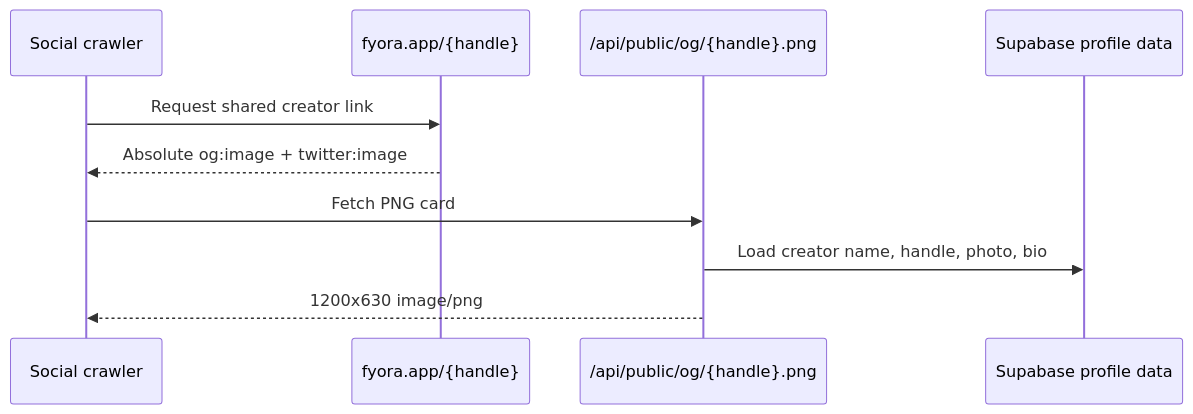
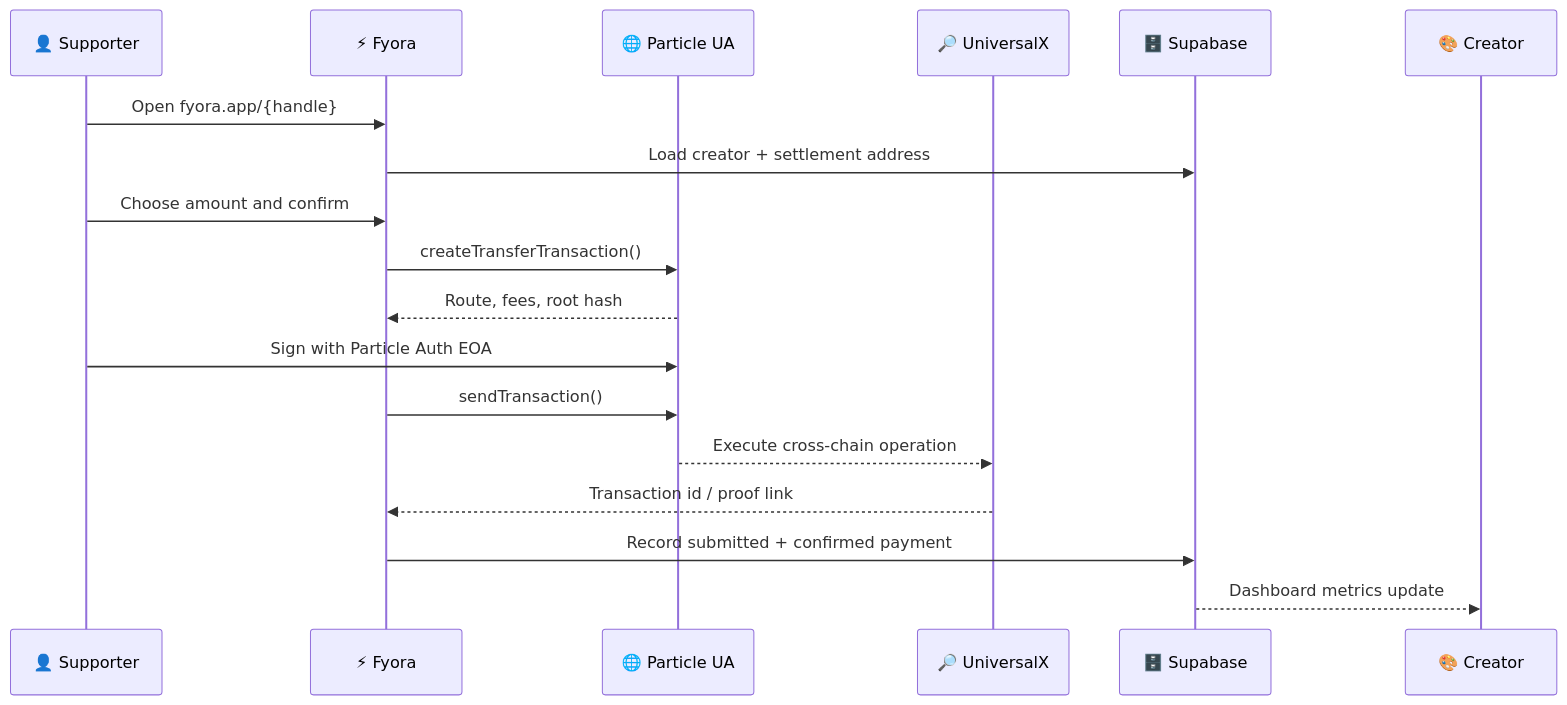
One commit to NikhilRaikwar/Fyora changed the second of 2 diagrams in README.md. Above: the diagram before and after it, drawn with Mermaid. The commit also changed other lines of this file and 5 other files, not shown here.

````diff
--- a/README.md
+++ b/README.md
@@ -71,13 +67,21 @@
 ```mermaid
 sequenceDiagram
-  participant Crawler as Social crawler
-  participant Profile as fyora.app/{handle}
-  participant OG as /api/public/og/{handle}.png
-  participant DB as Supabase profile data
+  participant S as 👤 Supporter
+  participant F as ⚡ Fyora
+  participant P as 🌐 Particle UA
+  participant X as 🔎 UniversalX
+  participant DB as 🗄️ Supabase
+  participant C as 🎨 Creator
 
-  Crawler->>Profile: Request shared creator link
-  Profile-->>Crawler: Absolute og:image + twitter:image
-  Crawler->>OG: Fetch PNG card
-  OG->>DB: Load creator name, handle, photo, bio
-  OG-->>Crawler: 1200x630 image/png
+  S->>F: Open fyora.app/{handle}
+  F->>DB: Load creator + settlement address
+  S->>F: Choose amount and confirm
+  F->>P: createTransferTransaction()
+  P-->>F: Route, fees, root hash
+  S->>P: Sign with Particle Auth EOA
+  F->>P: sendTransaction()
+  P-->>X: Execute cross-chain operation
+  X-->>F: Transaction id / proof link
+  F->>DB: Record submitted + confirmed payment
+  DB-->>C: Dashboard metrics update
 ```
````
